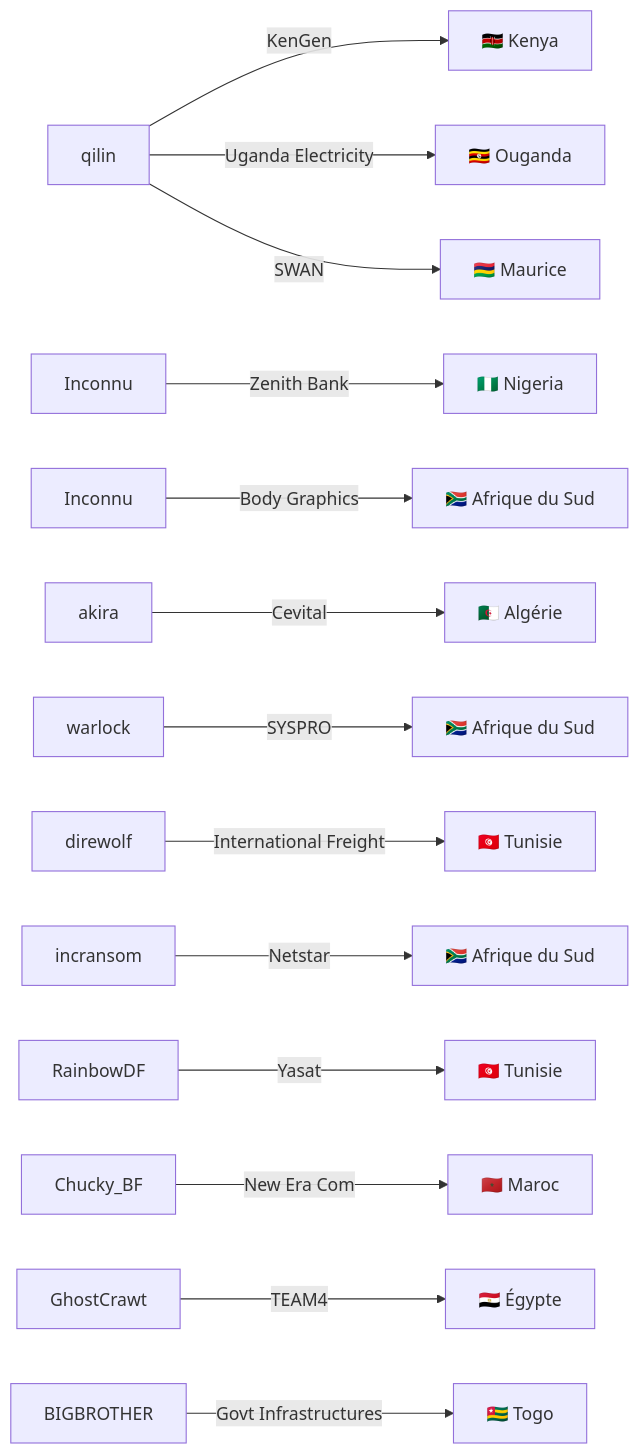
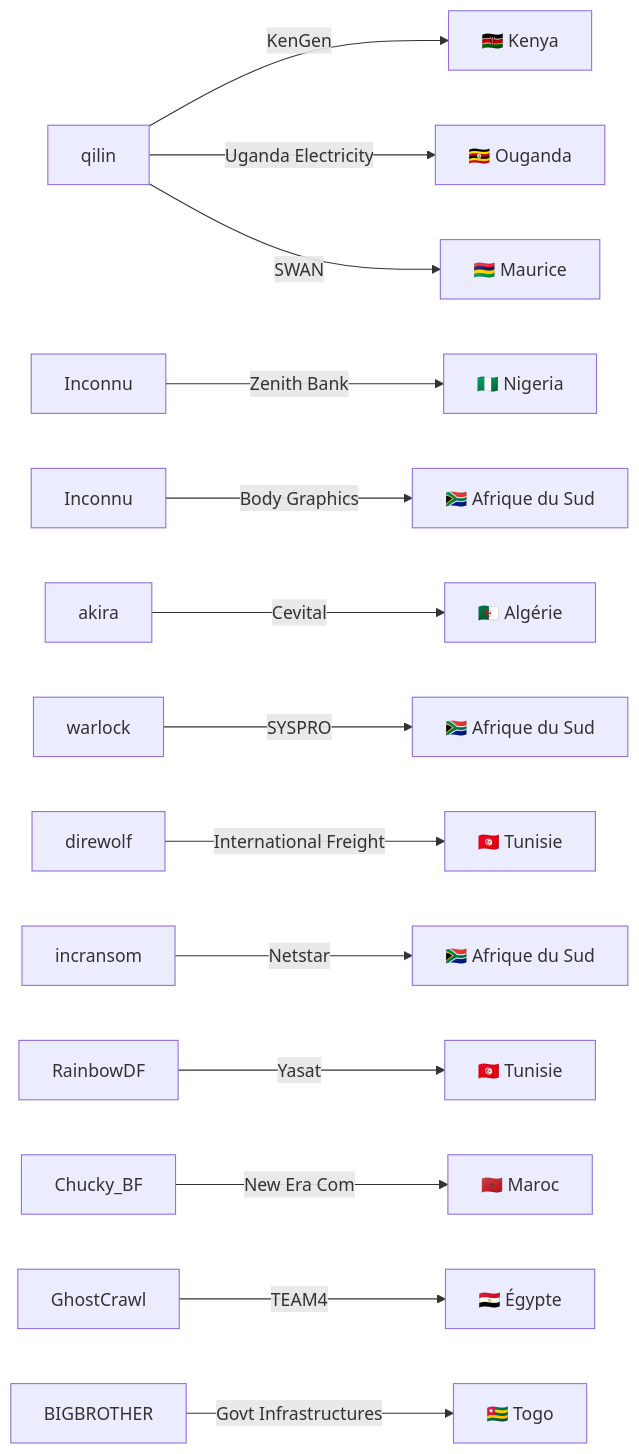
Before and after one commit to Hatchepsoute/AFRINTEL: the fourth of 5 diagrams in CyberAttackAfrica/2025/08-august/README_FR.md, drawn with Mermaid. The commit also changed other lines of this file and 255 other files, not shown here.

````diff
--- a/CyberAttackAfrica/2025/08-august/README_FR.md
+++ b/CyberAttackAfrica/2025/08-august/README_FR.md
@@ -132,16 +132,16 @@
 ```mermaid
 graph LR
     qilin -->|KenGen| Kenya["🇰🇪 Kenya"]
     qilin -->|Uganda Electricity| Ouganda["🇺🇬 Ouganda"]
     qilin -->|SWAN| Maurice["🇲🇺 Maurice"]
     inconnu1["Inconnu"] -->|Zenith Bank| Nigeria["🇳🇬 Nigeria"]
     inconnu2["Inconnu"] -->|Body Graphics| AfriqueSud["🇿🇦 Afrique du Sud"]
     akira -->|Cevital| Algerie["🇩🇿 Algérie"]
     warlock -->|SYSPRO| AfriqueSud2["🇿🇦 Afrique du Sud"]
     direwolf -->|International Freight| Tunisie["🇹🇳 Tunisie"]
     incransom -->|Netstar| AfriqueSud3["🇿🇦 Afrique du Sud"]
     RainbowDF -->|Yasat| Tunisie2["🇹🇳 Tunisie"]
     Chucky_BF -->|New Era Com| Maroc["🇲🇦 Maroc"]
-    GhostCrawt -->|TEAM4| Egypte["🇪🇬 Égypte"]
+    GhostCrawl -->|TEAM4| Egypte["🇪🇬 Égypte"]
     BIGBROTHER -->|Govt Infrastructures| Togo["🇹🇬 Togo"]
 ```
````
